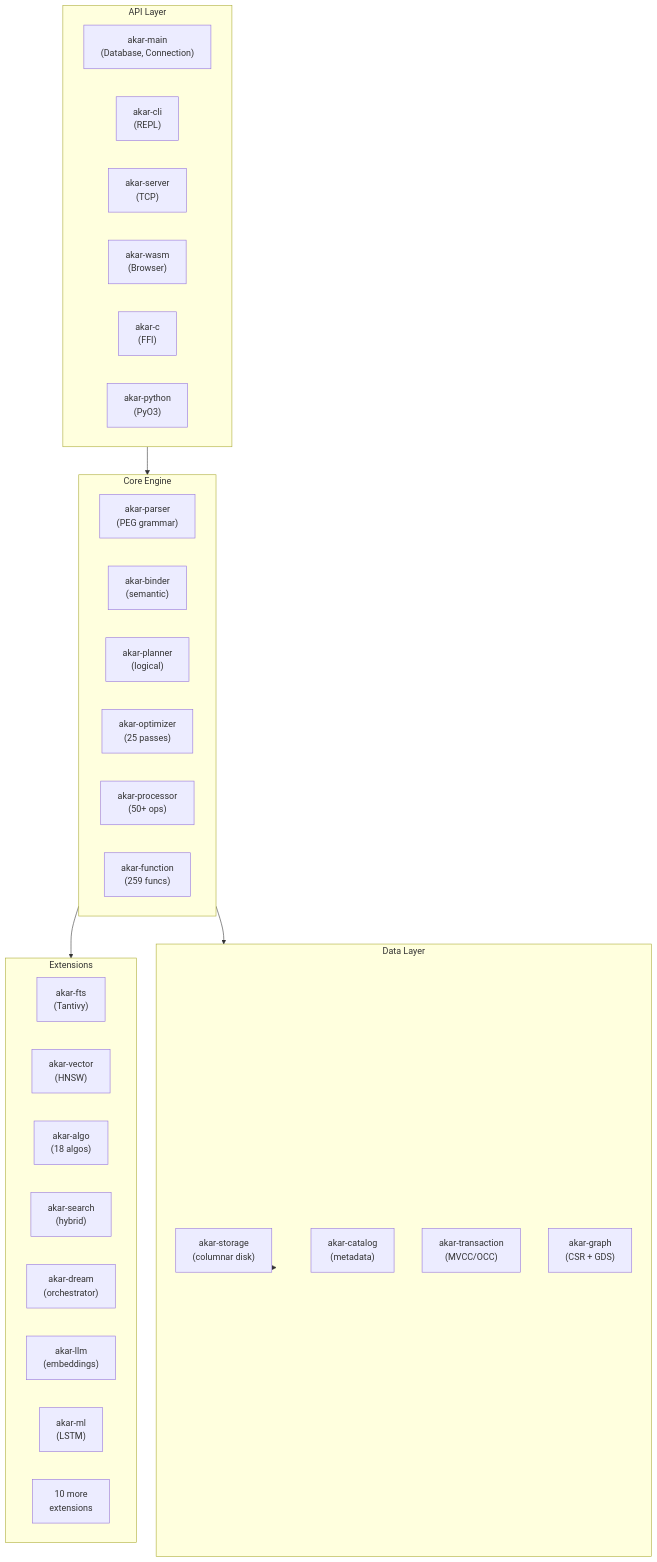
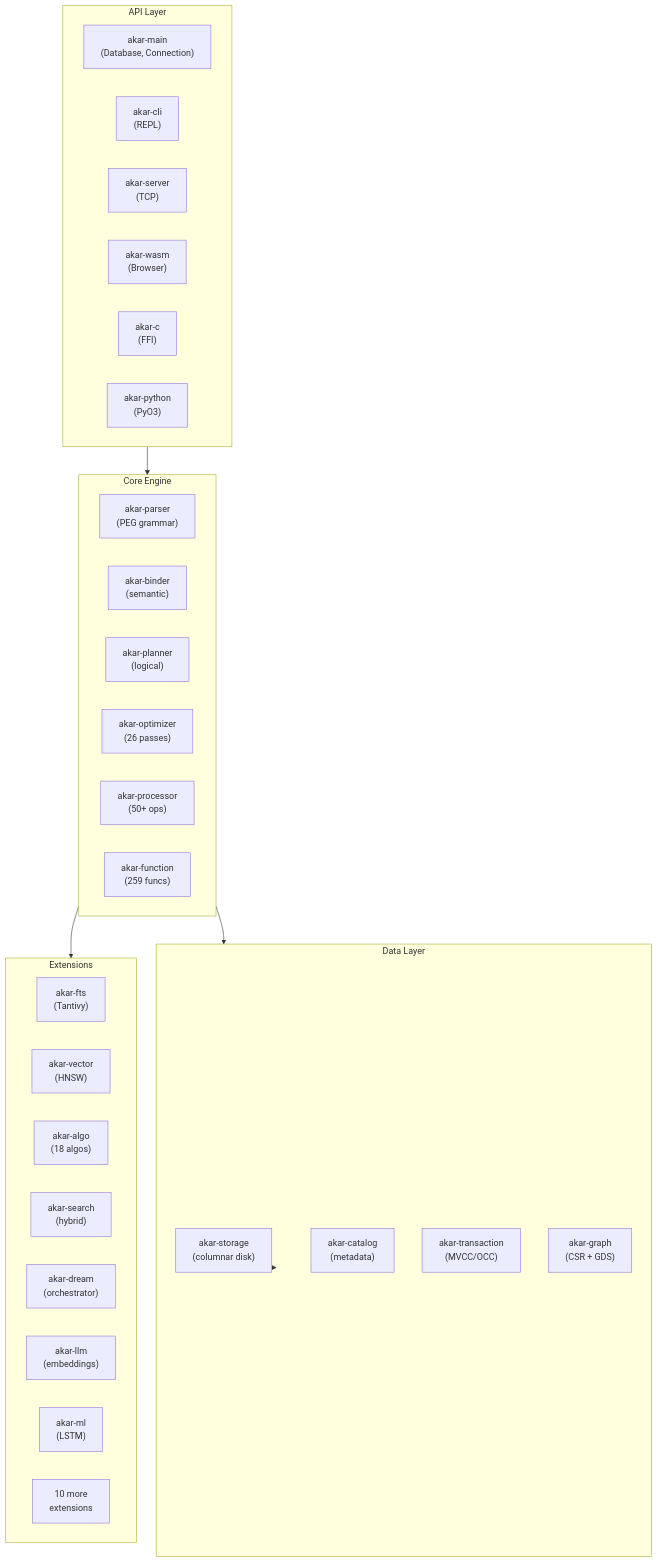
One commit to mlengse/akar changed the second of 6 diagrams in .terrain/human/2.Architecture.md. Above: the diagram before and after it, drawn with Mermaid. The commit also changed other lines of this file and 8 other files, not shown here.

````diff
--- a/.terrain/human/2.Architecture.md
+++ b/.terrain/human/2.Architecture.md
@@ -93,43 +93,43 @@
 ```mermaid
 graph TB
     subgraph API["API Layer"]
         Main["akar-main<br/>(Database, Connection)"]
         CLI2["akar-cli<br/>(REPL)"]
         Server["akar-server<br/>(TCP)"]
         WASM2["akar-wasm<br/>(Browser)"]
         C2["akar-c<br/>(FFI)"]
         Py["akar-python<br/>(PyO3)"]
     end
 
     subgraph Core["Core Engine"]
         Parser2["akar-parser<br/>(PEG grammar)"]
         Binder2["akar-binder<br/>(semantic)"]
         Planner2["akar-planner<br/>(logical)"]
-        Optimizer2["akar-optimizer<br/>(25 passes)"]
+        Optimizer2["akar-optimizer<br/>(26 passes)"]
         Processor2["akar-processor<br/>(50+ ops)"]
         Function["akar-function<br/>(259 funcs)"]
     end
 
     subgraph Data["Data Layer"]
         Storage2["akar-storage<br/>(columnar disk)"]
         Catalog2["akar-catalog<br/>(metadata)"]
         Tx["akar-transaction<br/>(MVCC/OCC)"]
         Graph["akar-graph<br/>(CSR + GDS)"]
     end
 
     subgraph Ext["Extensions"]
         FTS2["akar-fts<br/>(Tantivy)"]
         Vec2["akar-vector<br/>(HNSW)"]
         Algo2["akar-algo<br/>(18 algos)"]
         Search2["akar-search<br/>(hybrid)"]
         Dream["akar-dream<br/>(orchestrator)"]
         LLM2["akar-llm<br/>(embeddings)"]
         ML["akar-ml<br/>(LSTM)"]
         Other["10 more<br/>extensions"]
     end
 
     API --> Core
     Core --> Data
     Core --> Ext
     Data --> Storage2
 ```
````
